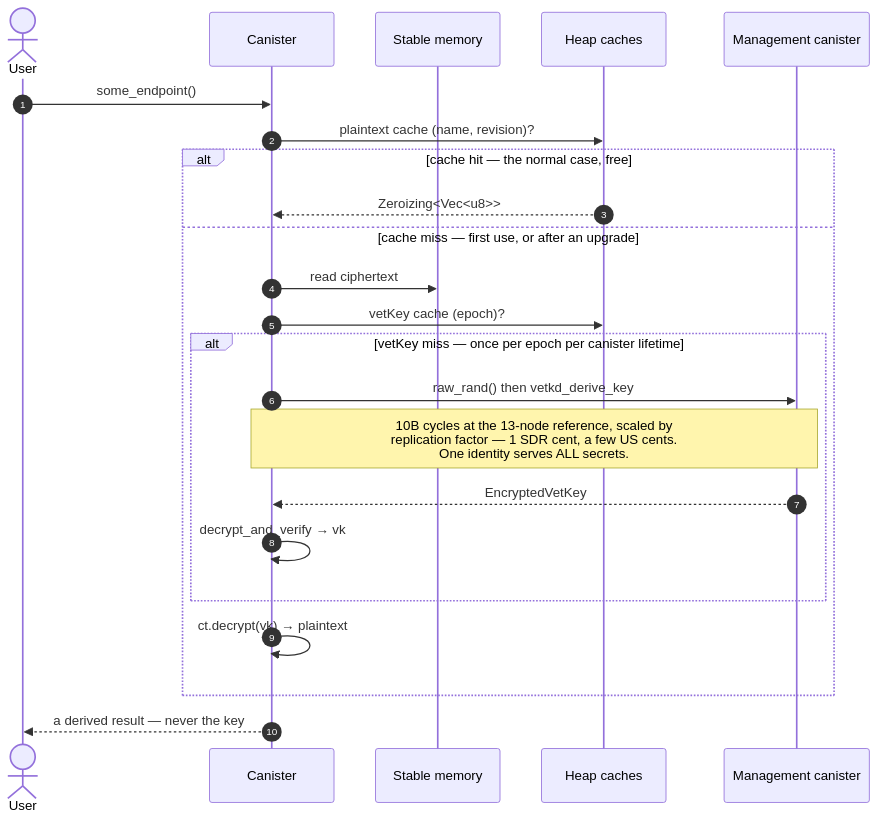
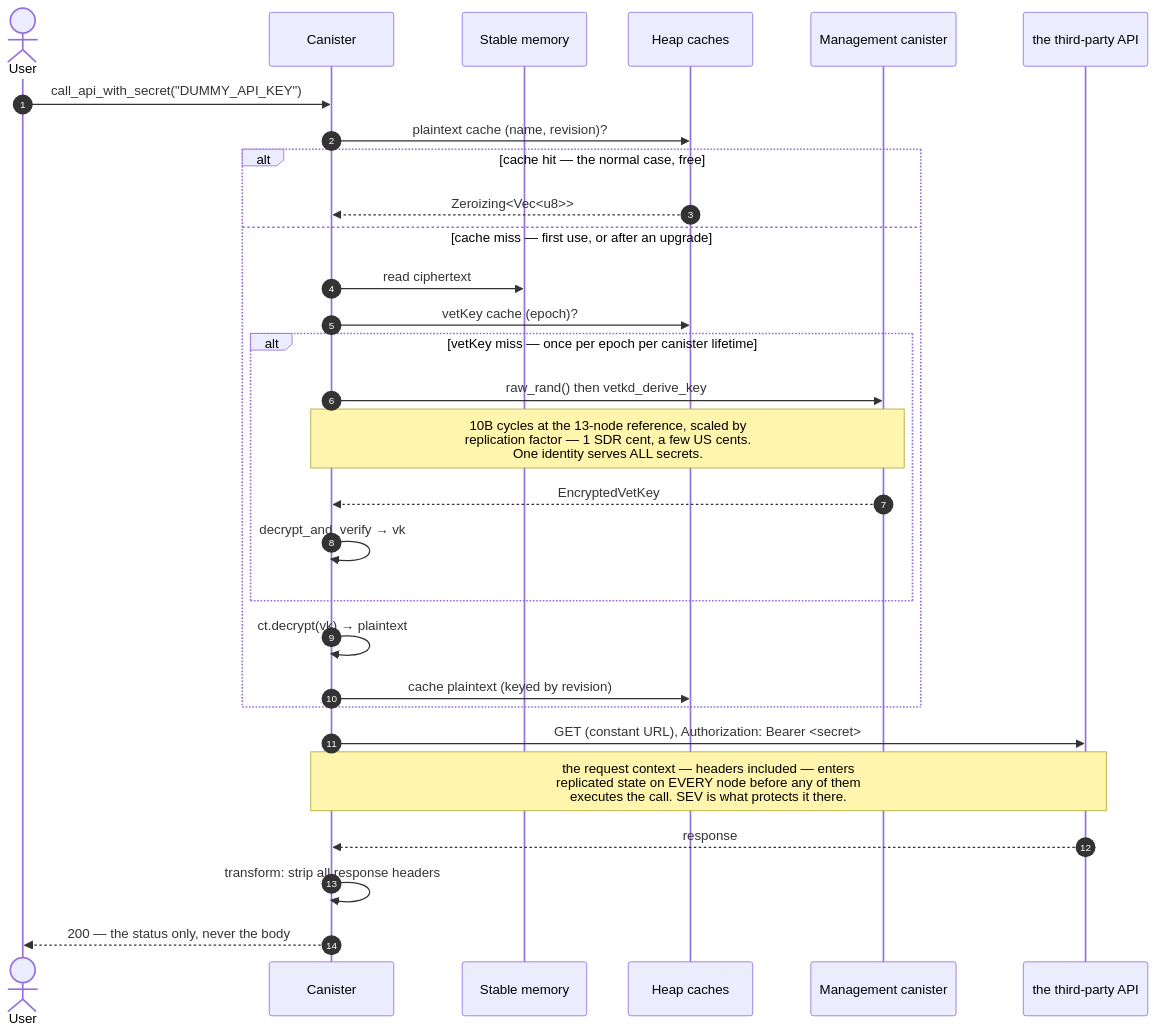
The second of 2 diagrams in README.md (marc0olo/icp-seeding-secrets-poc), drawn with Mermaid before and after one commit. The commit also changed other lines of this file and 5 other files, not shown here.

````diff
--- a/README.md
+++ b/README.md
@@ -123,26 +123,33 @@
 ```mermaid
 sequenceDiagram
     autonumber
     actor User
     participant Can as Canister
     participant Stable as Stable memory
     participant Heap as Heap caches
     participant Mgmt as Management canister
+    participant API as the third-party API
 
-    User->>Can: some_endpoint()
+    User->>Can: call_api_with_secret("DUMMY_API_KEY")
     Can->>Heap: plaintext cache (name, revision)?
     alt cache hit — the normal case, free
         Heap-->>Can: Zeroizing<Vec<u8>>
     else cache miss — first use, or after an upgrade
         Can->>Stable: read ciphertext
         Can->>Heap: vetKey cache (epoch)?
         alt vetKey miss — once per epoch per canister lifetime
             Can->>Mgmt: raw_rand() then vetkd_derive_key
             Note over Can,Mgmt: 10B cycles at the 13-node reference, scaled by<br/>replication factor — 1 SDR cent, a few US cents.<br/>One identity serves ALL secrets.
             Mgmt-->>Can: EncryptedVetKey
             Can->>Can: decrypt_and_verify → vk
         end
         Can->>Can: ct.decrypt(vk) → plaintext
+        Can->>Heap: cache plaintext (keyed by revision)
     end
-    Can-->>User: a derived result — never the key
+
+    Can->>API: GET (constant URL), Authorization: Bearer <secret>
+    Note over Can,API: the request context — headers included — enters<br/>replicated state on EVERY node before any of them<br/>executes the call. SEV is what protects it there.
+    API-->>Can: response
+    Can->>Can: transform: strip all response headers
+    Can-->>User: 200 — the status only, never the body
 ```
````
